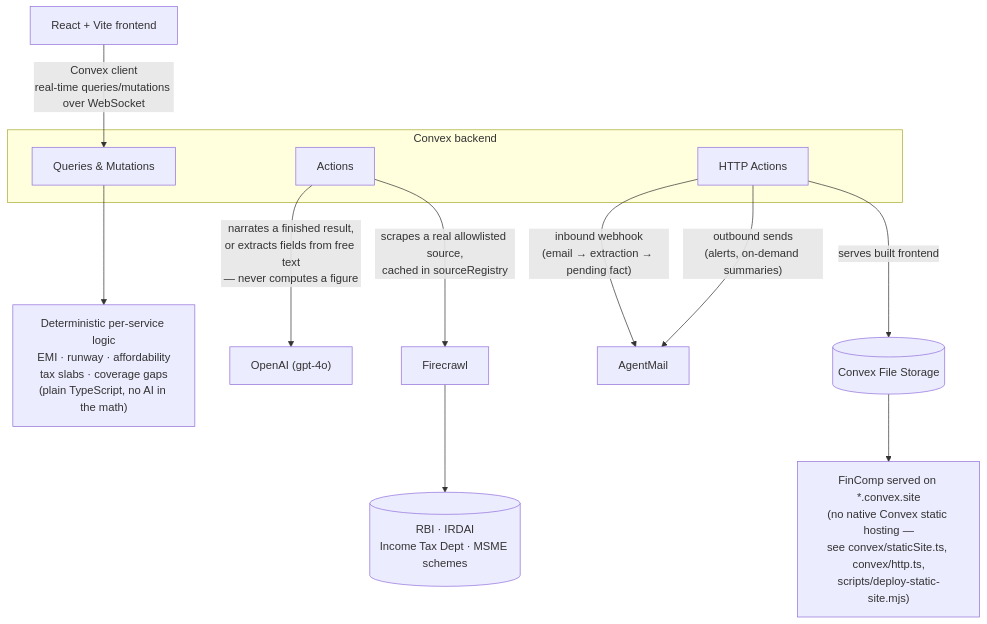
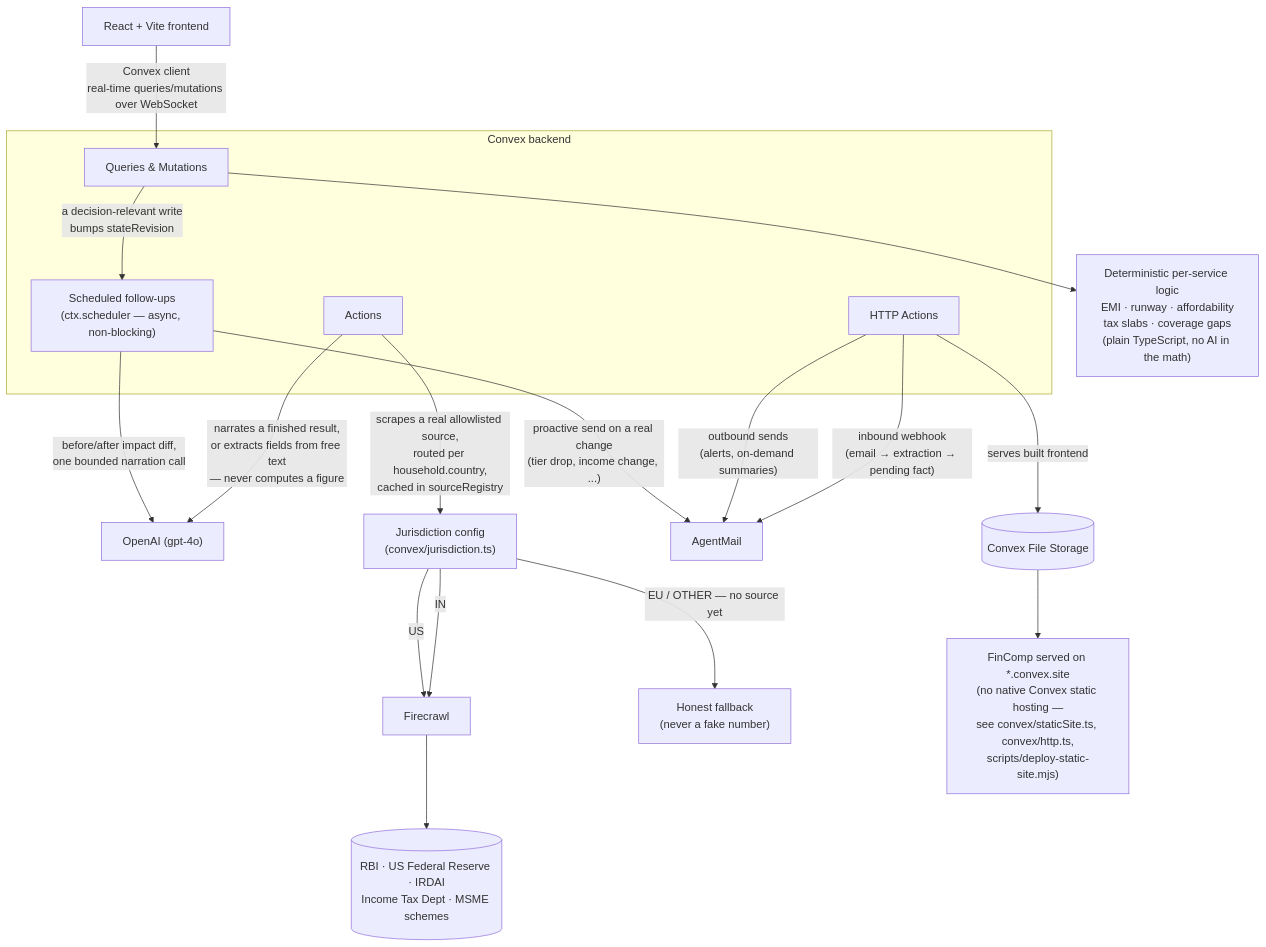
The diagram in README.md (khushira2244/Fincomm), drawn with Mermaid before and after one commit. The commit also changed other lines of this file and 24 other files, not shown here.

````diff
--- a/README.md
+++ b/README.md
@@ -36,22 +36,29 @@
 ```mermaid
 flowchart TD
     UI["React + Vite frontend"] -->|"Convex client\nreal-time queries/mutations over WebSocket"| QM
 
     subgraph Convex["Convex backend"]
         QM["Queries & Mutations"]
         ACT["Actions"]
         HTTP["HTTP Actions"]
+        SCHED["Scheduled follow-ups\n(ctx.scheduler — async, non-blocking)"]
     end
 
     QM --> LOGIC["Deterministic per-service logic\nEMI · runway · affordability\ntax slabs · coverage gaps\n(plain TypeScript, no AI in the math)"]
+    QM -->|"a decision-relevant write\nbumps stateRevision"| SCHED
 
     ACT -->|"narrates a finished result,\nor extracts fields from free text\n— never computes a figure"| AI["OpenAI (gpt-4o)"]
-    ACT -->|"scrapes a real allowlisted source,\ncached in sourceRegistry"| FC["Firecrawl"]
-    FC --> SRC[("RBI · IRDAI\nIncome Tax Dept · MSME schemes")]
+    ACT -->|"scrapes a real allowlisted source,\nrouted per household.country,\ncached in sourceRegistry"| JUR["Jurisdiction config\n(convex/jurisdiction.ts)"]
+    JUR -->|"IN"| FC["Firecrawl"]
+    JUR -->|"US"| FC
+    JUR -->|"EU / OTHER — no source yet"| HONEST["Honest fallback\n(never a fake number)"]
+    FC --> SRC[("RBI · US Federal Reserve · IRDAI\nIncome Tax Dept · MSME schemes")]
 
+    SCHED -->|"before/after impact diff,\none bounded narration call"| AI
     HTTP -->|"inbound webhook\n(email → extraction → pending fact)"| AM["AgentMail"]
     HTTP -->|"outbound sends\n(alerts, on-demand summaries)"| AM
+    SCHED -->|"proactive send on a real change\n(tier drop, income change, ...)"| AM
 
     HTTP -->|"serves built frontend"| FS[("Convex File Storage")]
     FS --> SITE["FinComp served on *.convex.site\n(no native Convex static hosting —\nsee convex/staticSite.ts, convex/http.ts,\nscripts/deploy-static-site.mjs)"]
 ```
````
